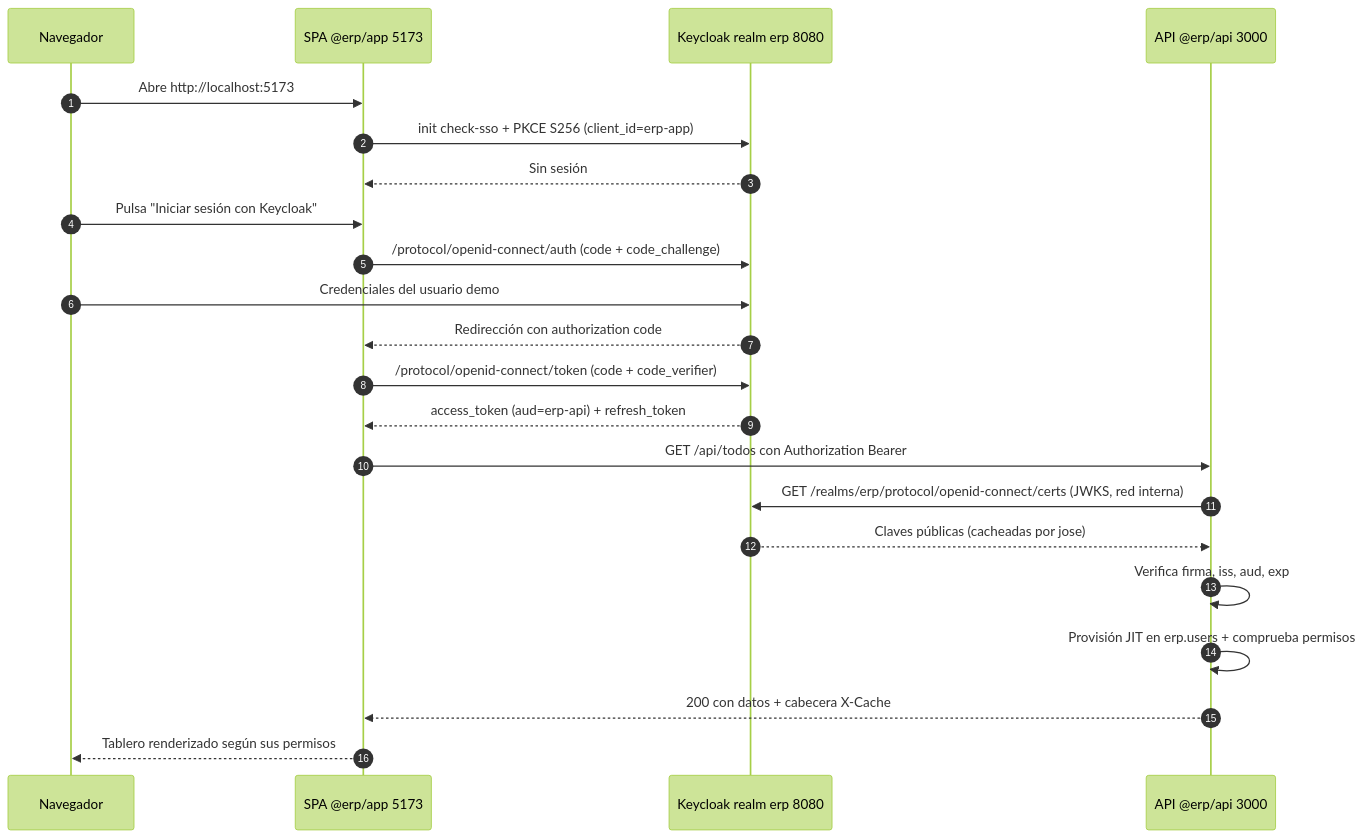
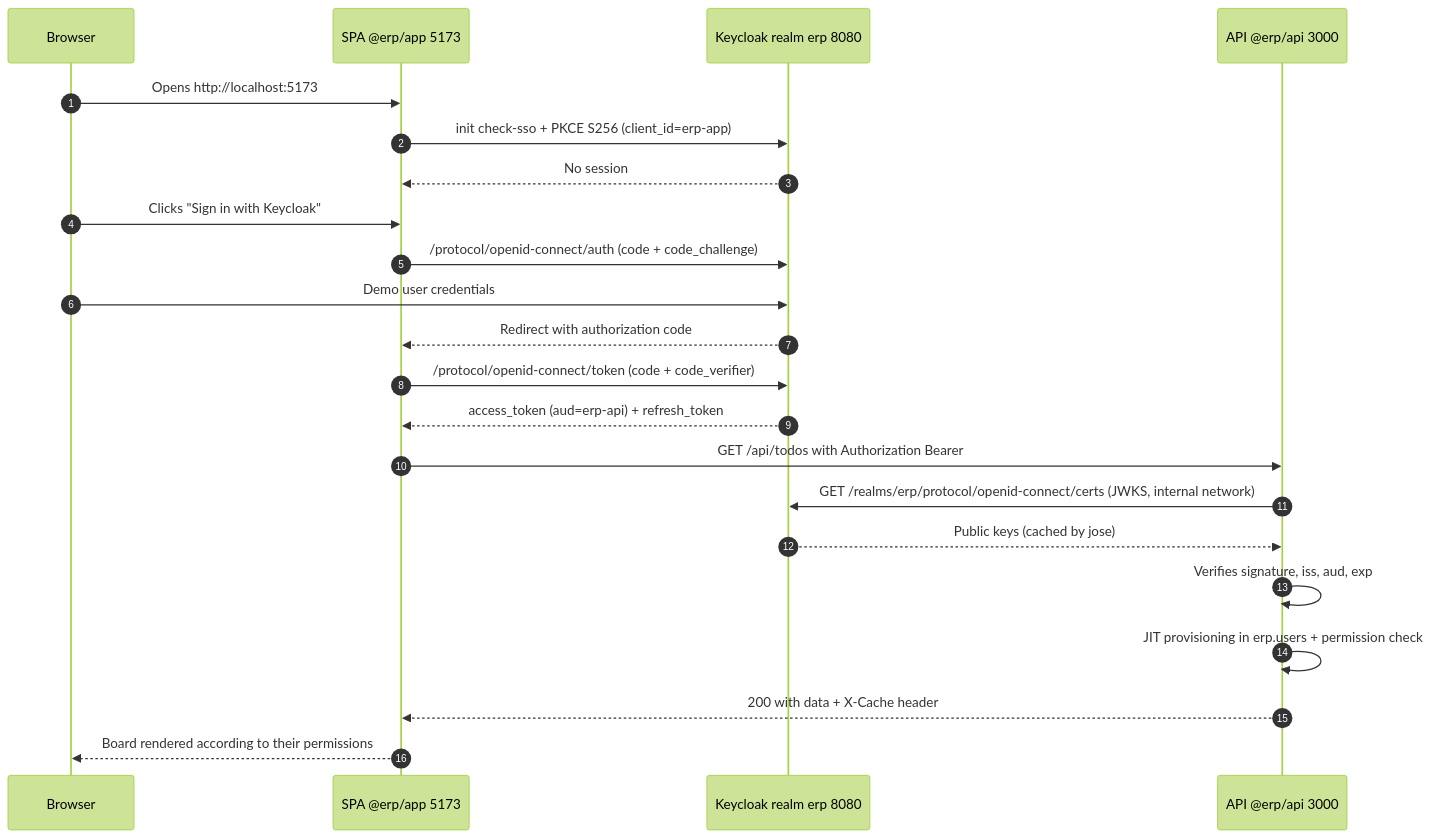
One commit to mapineda48/clavis changed the first of 2 diagrams in README.md. Above: the diagram before and after it, drawn with Mermaid (forest theme). The commit also changed other lines of this file and 108 other files, not shown here.

````diff
--- a/README.md
+++ b/README.md
@@ -295,25 +315,25 @@
 ```mermaid
 sequenceDiagram
     autonumber
-    participant U as Navegador
+    participant U as Browser
     participant S as SPA @erp/app 5173
     participant K as Keycloak realm erp 8080
     participant A as API @erp/api 3000
 
-    U->>S: Abre http://localhost:5173
+    U->>S: Opens http://localhost:5173
     S->>K: init check-sso + PKCE S256 (client_id=erp-app)
-    K-->>S: Sin sesión
-    U->>S: Pulsa "Iniciar sesión con Keycloak"
+    K-->>S: No session
+    U->>S: Clicks "Sign in with Keycloak"
     S->>K: /protocol/openid-connect/auth (code + code_challenge)
-    U->>K: Credenciales del usuario demo
-    K-->>S: Redirección con authorization code
+    U->>K: Demo user credentials
+    K-->>S: Redirect with authorization code
     S->>K: /protocol/openid-connect/token (code + code_verifier)
     K-->>S: access_token (aud=erp-api) + refresh_token
-    S->>A: GET /api/todos con Authorization Bearer
-    A->>K: GET /realms/erp/protocol/openid-connect/certs (JWKS, red interna)
-    K-->>A: Claves públicas (cacheadas por jose)
-    A->>A: Verifica firma, iss, aud, exp
-    A->>A: Provisión JIT en erp.users + comprueba permisos
-    A-->>S: 200 con datos + cabecera X-Cache
-    S-->>U: Tablero renderizado según sus permisos
+    S->>A: GET /api/todos with Authorization Bearer
+    A->>K: GET /realms/erp/protocol/openid-connect/certs (JWKS, internal network)
+    K-->>A: Public keys (cached by jose)
+    A->>A: Verifies signature, iss, aud, exp
+    A->>A: JIT provisioning in erp.users + permission check
+    A-->>S: 200 with data + X-Cache header
+    S-->>U: Board rendered according to their permissions
 ```
````
